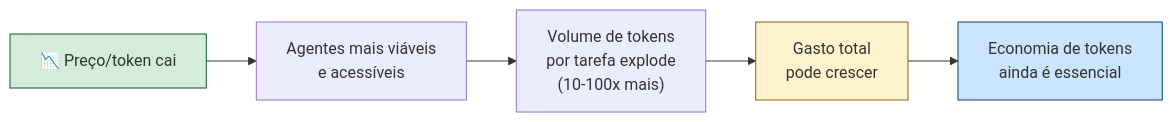
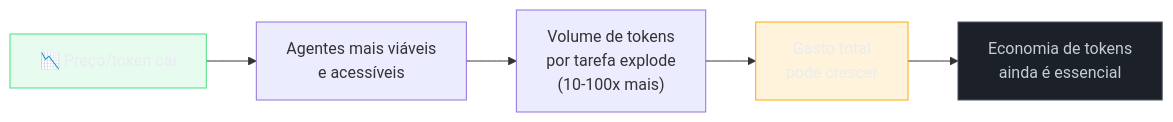
The second of 2 diagrams in 03-Dominios/Tecnologia/IA/Economia de Tokens/20 - O futuro — tokens cada vez mais baratos.md (josenaldo/codex-technomanticus), drawn with Mermaid before and after one commit. The commit also changed 1181 other files, not shown here.

First line of the commit message:
fix(diagramas): paleta do sistema no lugar de cor cravada no markdown

````diff
--- a/03-Dominios/Tecnologia/IA/Economia de Tokens/20 - O futuro — tokens cada vez mais baratos.md
+++ b/03-Dominios/Tecnologia/IA/Economia de Tokens/20 - O futuro — tokens cada vez mais baratos.md
@@ -140,11 +140,14 @@
 ```mermaid
 flowchart LR
+    classDef ok fill:#4ADE8021,stroke:#4ADE80,color:#E9ECF2
+    classDef destaque fill:#FFAA0024,stroke:#FFAA00,color:#E9ECF2
+    classDef neutro fill:#1B2029,stroke:#4E5666,color:#C6CCD8
     A["📉 Preço/token cai"] --> B["Agentes mais viáveis\ne acessíveis"]
     B --> C["Volume de tokens\npor tarefa explode\n(10-100x mais)"]
     C --> D["Gasto total\npode crescer"]
     D --> E["Economia de tokens\nainda é essencial"]
     
-    style A fill:#d4edda,stroke:#155724
-    style D fill:#fff3cd,stroke:#856404
-    style E fill:#cce5ff,stroke:#004085
+    class A ok
+    class D destaque
+    class E neutro
 ```
````
